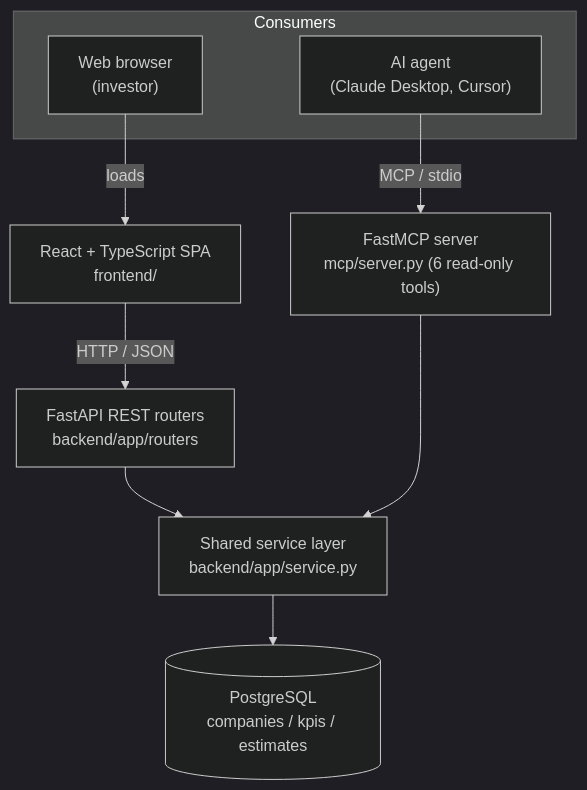
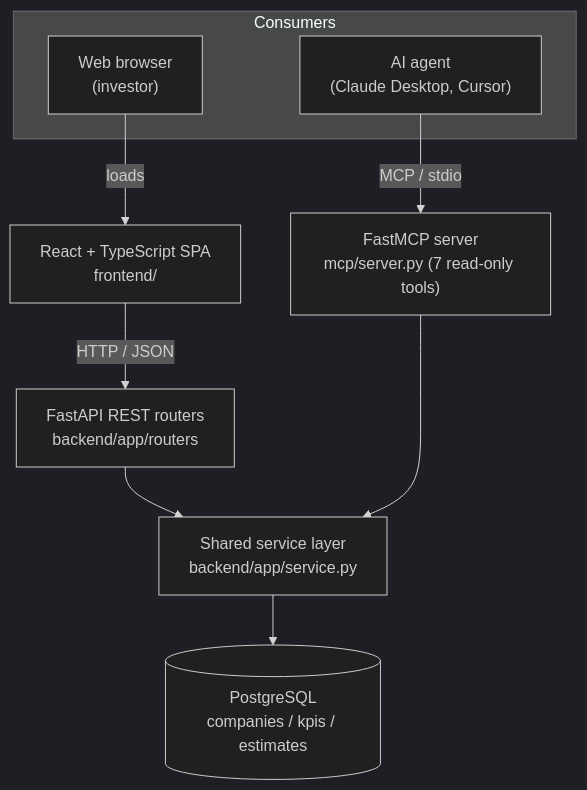
Before and after one commit to rCarrano16/yipitdata-takehome: the diagram in README.md, drawn with Mermaid (dark theme). The commit also changed other lines of this file and 7 other files, not shown here.

````diff
--- a/README.md
+++ b/README.md
@@ -40,13 +40,13 @@
 ```mermaid
 flowchart TD
   subgraph consumers[Consumers]
     Browser["Web browser<br/>(investor)"]
     Agent["AI agent<br/>(Claude Desktop, Cursor)"]
   end
   Browser -->|loads| SPA["React + TypeScript SPA<br/>frontend/"]
   SPA -->|HTTP / JSON| REST["FastAPI REST routers<br/>backend/app/routers"]
-  Agent -->|MCP / stdio| MCP["FastMCP server<br/>mcp/server.py (6 read-only tools)"]
+  Agent -->|MCP / stdio| MCP["FastMCP server<br/>mcp/server.py (7 read-only tools)"]
   REST --> SVC["Shared service layer<br/>backend/app/service.py"]
   MCP --> SVC
   SVC --> DB[("PostgreSQL<br/>companies / kpis / estimates")]
 ```
````
